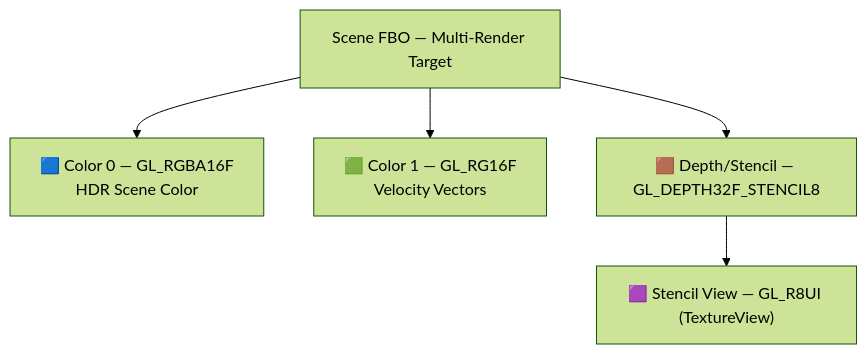
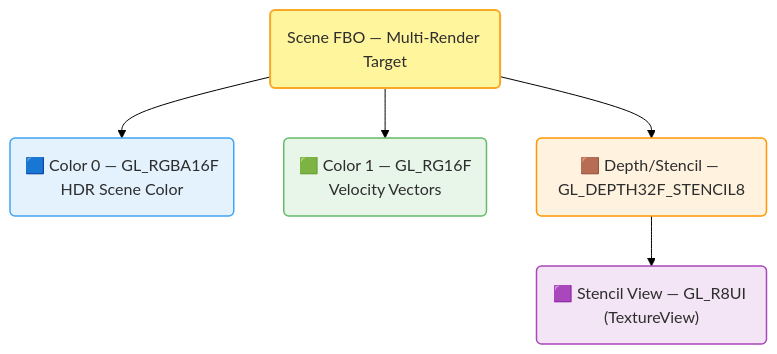
The eighth of 17 diagrams in content/suckless-ogl-anatomie-frame-en.md (yoyonel/blog_source), drawn with Mermaid (forest theme) before and after one commit. The commit also changed other lines of this file and 4 other files, not shown here.

First line of the commit message:
refactor(mermaid): hand-drawn style + forced light mode for all browsers

```diff
--- a/content/suckless-ogl-anatomie-frame-en.md
+++ b/content/suckless-ogl-anatomie-frame-en.md
@@ -458,12 +495,24 @@
 <pre class="mermaid">
 graph TD
-    FBO["Scene FBO — Multi-Render Target"] --> C0
+    FBO("Scene FBO — Multi-Render Target") --> C0
     FBO --> C1
     FBO --> DS
     DS --> SV
 
-    C0["🟦 Color 0 — GL_RGBA16F<br/>HDR Scene Color"]
-    C1["🟩 Color 1 — GL_RG16F<br/>Velocity Vectors"]
-    DS["🟫 Depth/Stencil — GL_DEPTH32F_STENCIL8"]
-    SV["🟪 Stencil View — GL_R8UI (TextureView)"]
+    C0("🟦 Color 0 — GL_RGBA16F<br/>HDR Scene Color")
+    C1("🟩 Color 1 — GL_RG16F<br/>Velocity Vectors")
+    DS("🟫 Depth/Stencil — GL_DEPTH32F_STENCIL8")
+    SV("🟪 Stencil View — GL_R8UI (TextureView)")
+
+    classDef keyFunc fill:#fff59d,stroke:#f9a825,stroke-width:2px,color:#2d2d2d
+    classDef color0 fill:#e3f2fd,stroke:#42a5f5,stroke-width:1.5px,color:#2d2d2d
+    classDef color1 fill:#e8f5e9,stroke:#66bb6a,stroke-width:1.5px,color:#2d2d2d
+    classDef depth fill:#fff3e0,stroke:#ff9800,stroke-width:1.5px,color:#2d2d2d
+    classDef stencil fill:#f3e5f5,stroke:#ab47bc,stroke-width:1.5px,color:#2d2d2d
+
+    class FBO keyFunc
+    class C0 color0
+    class C1 color1
+    class DS depth
+    class SV stencil
 </pre>
```
